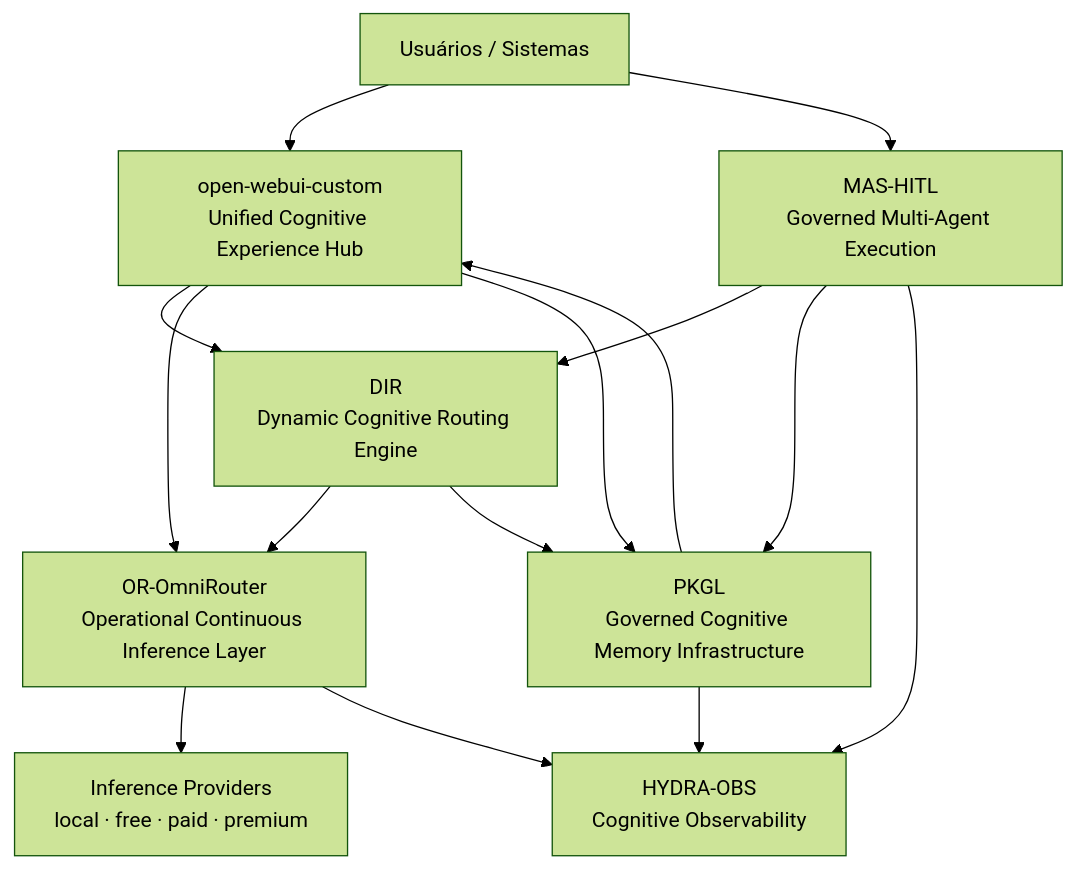
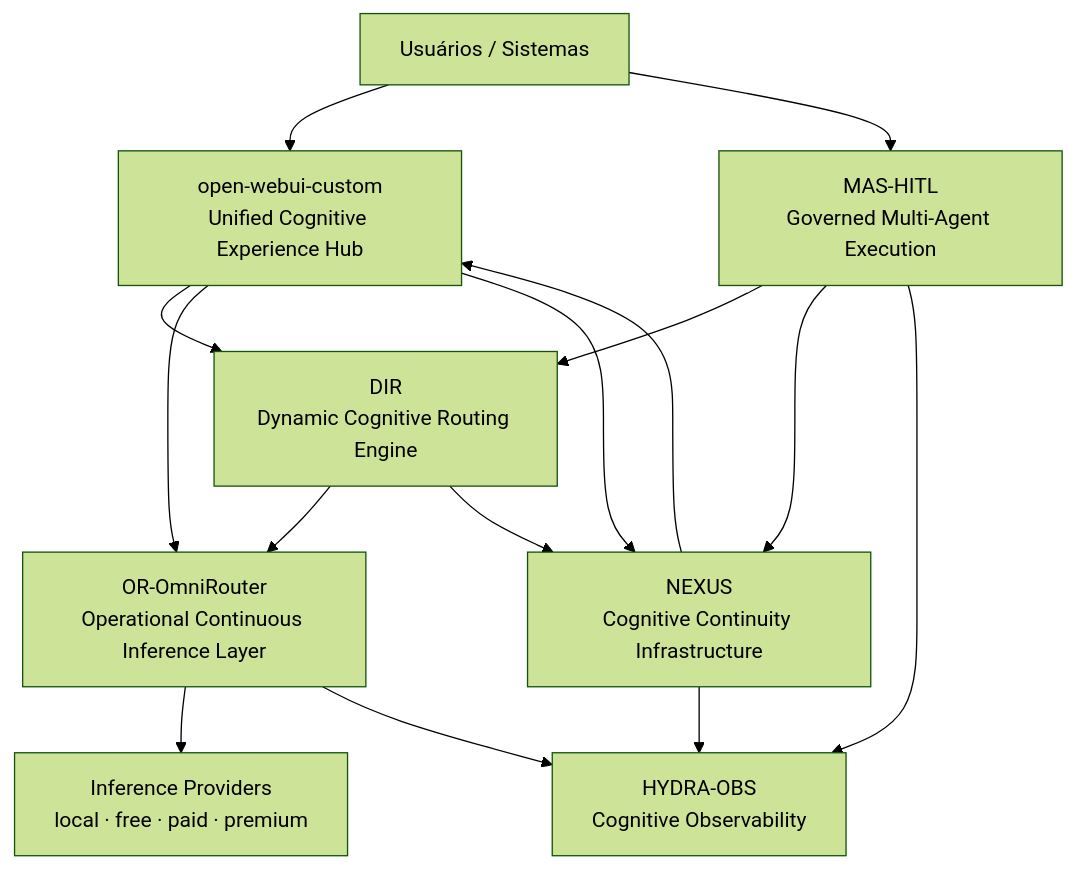
Before and after one commit to 1-AI-Ecosystem-Lab/.github: the first of 2 diagrams in profile/README.md, drawn with Mermaid (forest theme). The commit also changed other lines of this file, not shown here.

Commit message:
docs(org): update PKGL references to NEXUS and fix image link

````diff
--- a/profile/README.md
+++ b/profile/README.md
@@ -112,22 +112,22 @@
 ```mermaid
 flowchart TD
     U[Usuários / Sistemas] --> OW[open-webui-custom<br/>Unified Cognitive Experience Hub]
     U --> MAS[MAS-HITL<br/>Governed Multi-Agent Execution]
 
     OW --> DIR[DIR<br/>Dynamic Cognitive Routing Engine]
     MAS --> DIR
 
     DIR --> OR[OR-OmniRouter<br/>Operational Continuous Inference Layer]
     OW --> OR
 
     OR --> P[Inference Providers<br/>local · free · paid · premium]
 
-    OW --> PKGL[PKGL<br/>Governed Cognitive Memory Infrastructure]
-    MAS --> PKGL
-    DIR --> PKGL
+    OW --> NEXUS[NEXUS<br/>Cognitive Continuity Infrastructure]
+    MAS --> NEXUS
+    DIR --> NEXUS
     OR --> OBS[HYDRA-OBS<br/>Cognitive Observability]
     MAS --> OBS
-    PKGL --> OBS
+    NEXUS --> OBS
 
-    PKGL --> OW
+    NEXUS --> OW
 ```
````
